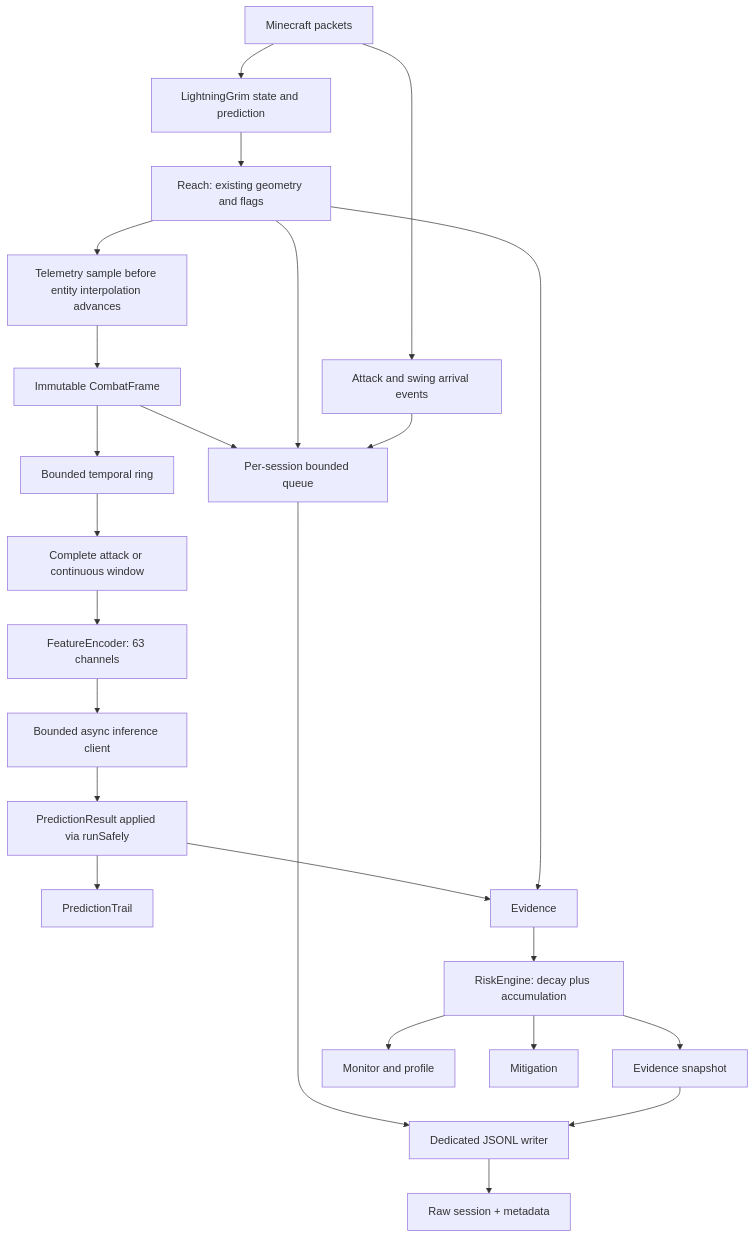
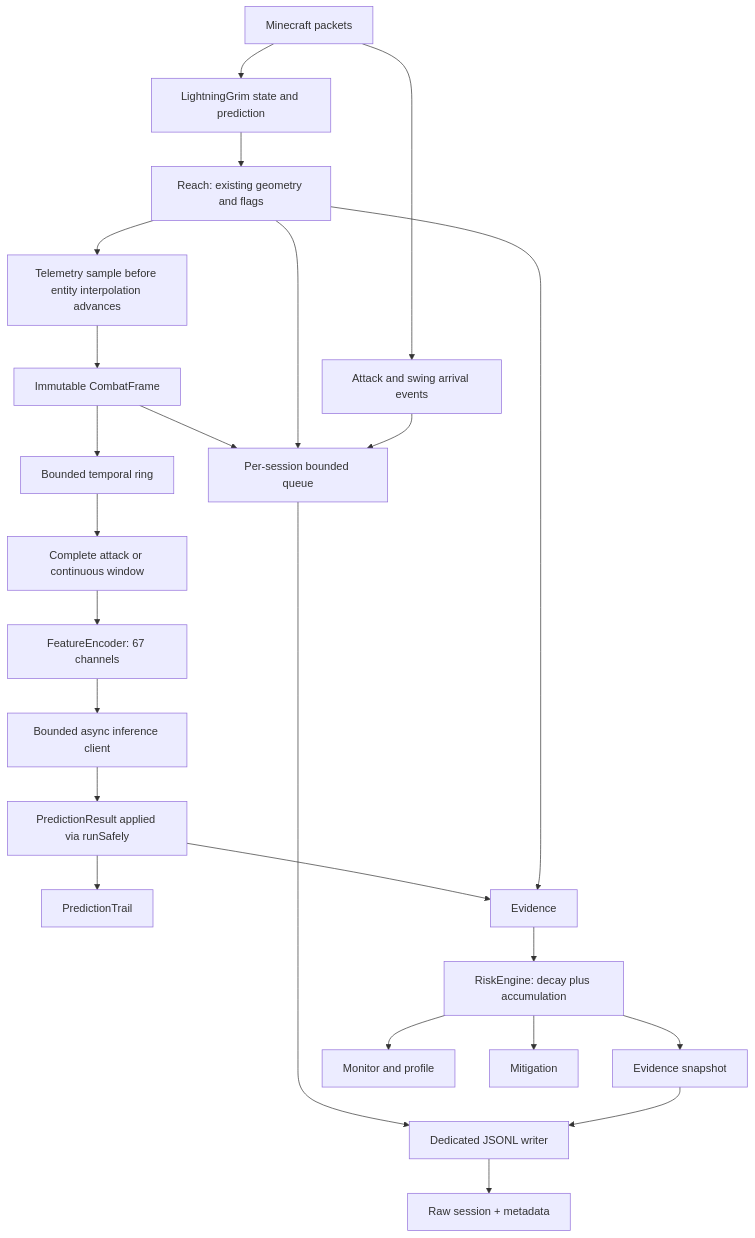
One commit to colegiialas-prog/AeroAC changed the diagram in docs/neural-architecture.md. Above: the diagram before and after it, drawn with Mermaid. The commit also changed other lines of this file and 18 other files, not shown here.

First line of the commit message:
Feature schema v3: express rotation in the frame of the aim error

````diff
--- a/docs/neural-architecture.md
+++ b/docs/neural-architecture.md
@@ -161,26 +161,26 @@
 ```mermaid
 flowchart TD
   A[Minecraft packets] --> B[LightningGrim state and prediction]
   B --> R[Reach: existing geometry and flags]
   R --> C[Telemetry sample before entity interpolation advances]
   C --> D[Immutable CombatFrame]
   D --> E[Bounded temporal ring]
   D --> Q[Per-session bounded queue]
   R --> Q
   A --> F[Attack and swing arrival events]
   F --> Q
   Q --> W[Dedicated JSONL writer]
   W --> M[Raw session + metadata]
   E --> G[Complete attack or continuous window]
-  G --> X[FeatureEncoder: 63 channels]
+  G --> X[FeatureEncoder: 67 channels]
   X --> I[Bounded async inference client]
   I --> P[PredictionResult applied via runSafely]
   P --> T[PredictionTrail]
   P --> V[Evidence]
   R --> V
   V --> K[RiskEngine: decay plus accumulation]
   K --> S[Evidence snapshot]
   K --> N[Monitor and profile]
   K --> Z[Mitigation]
   S --> W
 ```
````
